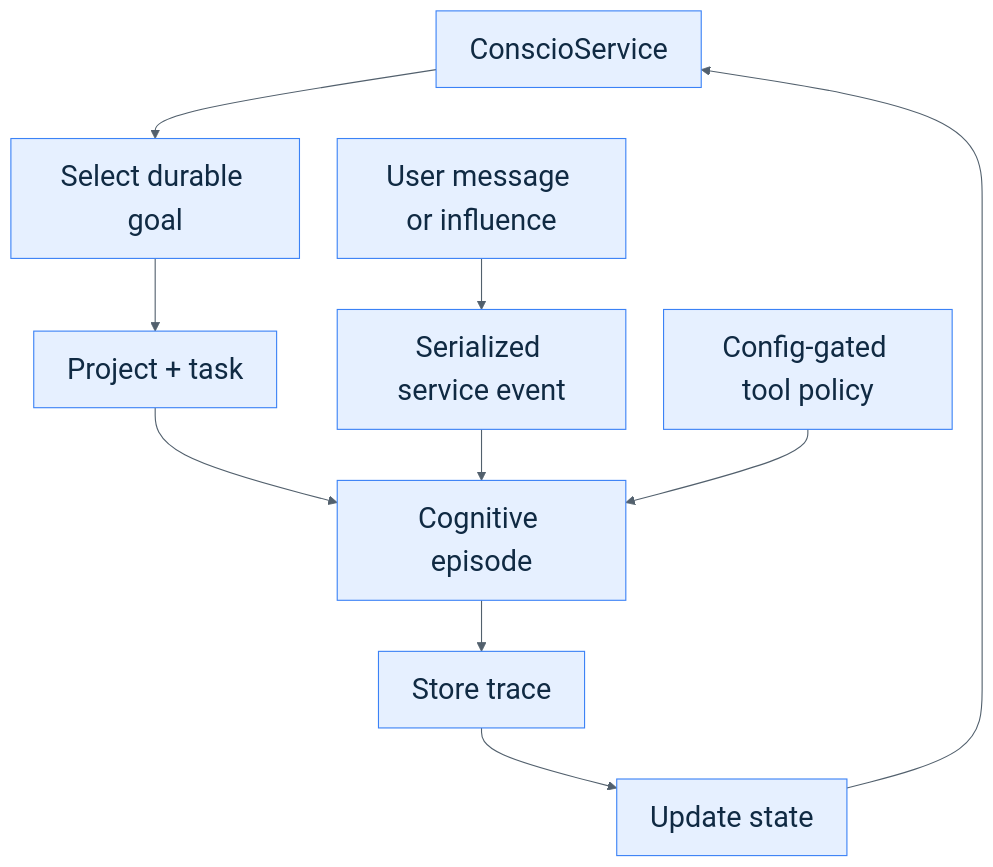
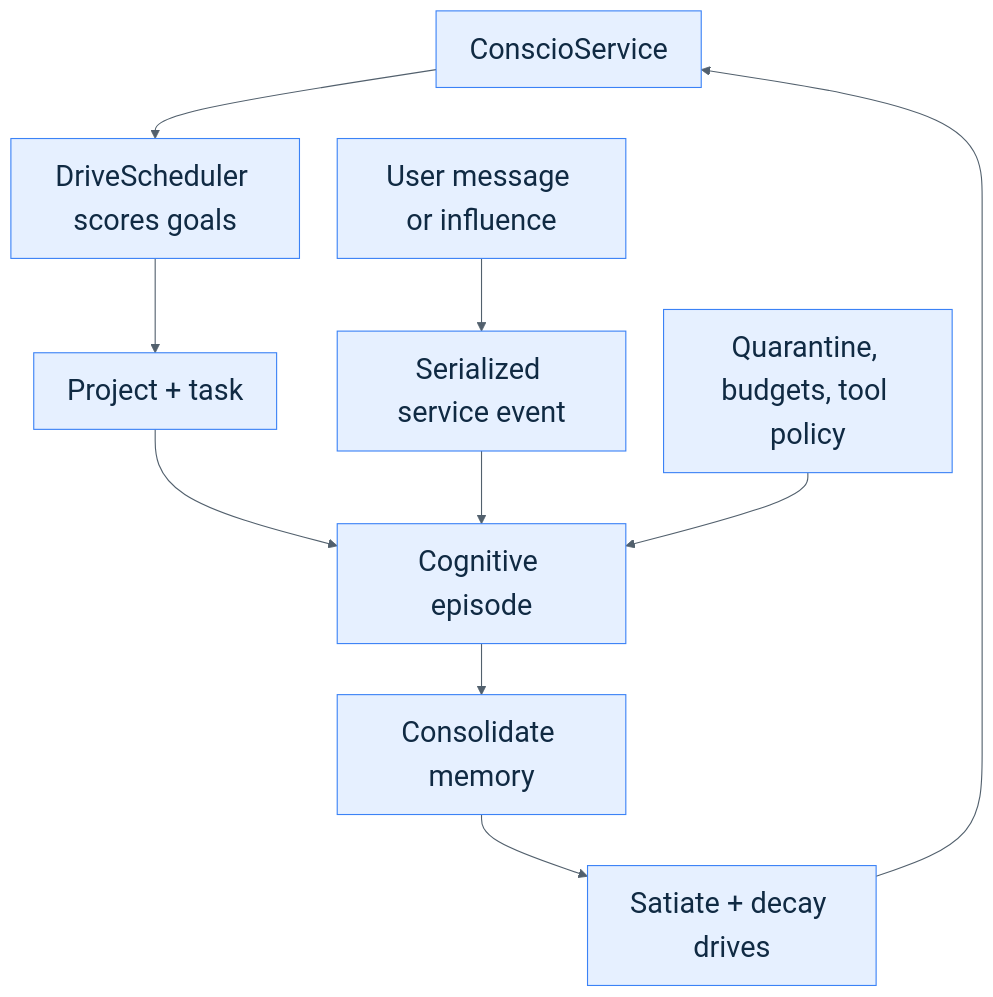
Before and after one commit to Libertai/conscio: the second of 4 diagrams in docs/paper.md, drawn with Mermaid. The commit also changed other lines of this file and 5 other files, not shown here.

Commit message:
Paper v2: rewrite to implemented architecture, results from live runs, threat model section

````diff
--- a/docs/paper.md
+++ b/docs/paper.md
@@ -200,14 +288,14 @@
 ```mermaid
 %%{init: {"theme": "base", "themeVariables": {"fontFamily": "Inter, Arial, sans-serif", "fontSize": "26px", "primaryColor": "#e6f0ff", "primaryBorderColor": "#3b82f6", "primaryTextColor": "#102a43", "lineColor": "#52606d"}, "flowchart": {"htmlLabels": false, "nodeSpacing": 34, "rankSpacing": 46, "curve": "basis"}}}%%
 flowchart TD
-    SERVICE["ConscioService"] --> GOAL["Select durable goal"]
-    GOAL --> PROJECT["Project + task"]
+    SERVICE["ConscioService"] --> SCHED["DriveScheduler scores goals"]
+    SCHED --> PROJECT["Project + task"]
     PROJECT --> EPISODE["Cognitive episode"]
-    EPISODE --> TRACE["Store trace"]
-    TRACE --> UPDATE["Update state"]
-    UPDATE --> SERVICE
+    EPISODE --> CONSOLIDATE["Consolidate memory"]
+    CONSOLIDATE --> DRIVES["Satiate + decay drives"]
+    DRIVES --> SERVICE
 
     USER["User message or influence"] --> LOCK["Serialized service event"]
     LOCK --> EPISODE
-    CONFIG["Config-gated tool policy"] --> EPISODE
+    GUARD["Quarantine, budgets, tool policy"] --> EPISODE
 ```
````
